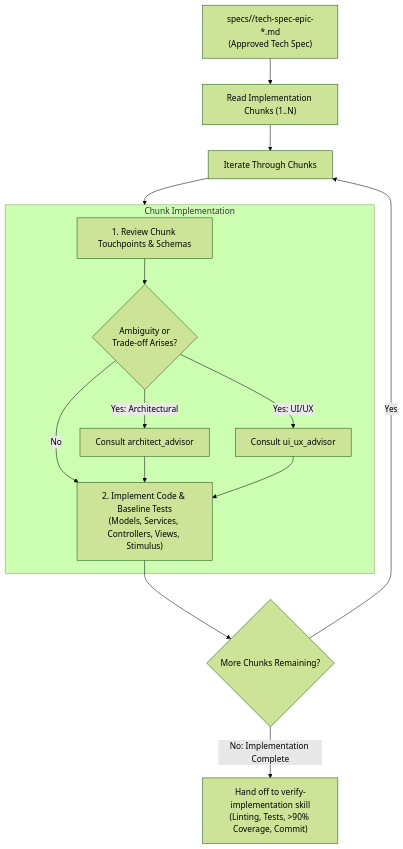
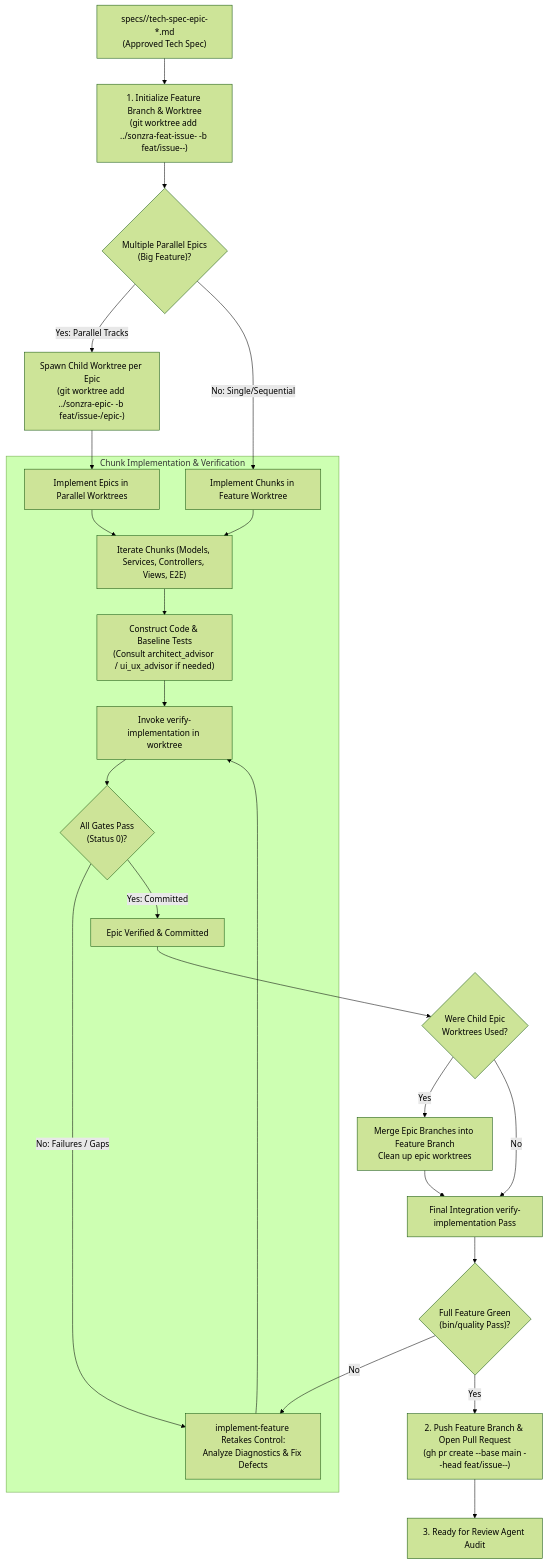
Before and after one commit to sonzra/sonzra: the diagram in .agents/skills/implement-feature/SKILL.md, drawn with Mermaid (forest theme). The commit also changed other lines of this file and 81 other files, not shown here.

First line of the commit message:
feat(release): architecture decoupling, playlist additions (#4), and release automation (#18)

````diff
--- a/.agents/skills/implement-feature/SKILL.md
+++ b/.agents/skills/implement-feature/SKILL.md
@@ -19,19 +18,32 @@
 ```mermaid
 flowchart TD
-    TechSpec["specs/<issue-number>/tech-spec-epic-*.md\n(Approved Tech Spec)"] --> ReadChunks["Read Implementation Chunks (1..N)"]
-    ReadChunks --> ChunkLoop["Iterate Through Chunks"]
+    TechSpec["specs/<issue-number>/tech-spec-epic-*.md\n(Approved Tech Spec)"] --> InitWorktree["1. Initialize Feature Branch & Worktree\n(git worktree add ../sonzra-feat-issue-<N> -b feat/issue-<N>-<slug>)"]
+    InitWorktree --> CheckParallel{"Multiple Parallel Epics\n(Big Feature)?"}
     
-    subgraph ChunkExecution["Chunk Implementation"]
-        Prep["1. Review Chunk Touchpoints & Schemas"] --> CheckTradeoff{"Ambiguity or\nTrade-off Arises?"}
-        CheckTradeoff -->|Yes: Architectural| ConsultArch["Consult architect_advisor"]
-        CheckTradeoff -->|Yes: UI/UX| ConsultUI["Consult ui_ux_advisor"]
-        CheckTradeoff -->|No| BuildCode["2. Implement Code & Baseline Tests\n(Models, Services, Controllers, Views, Stimulus)"]
-        ConsultArch --> BuildCode
-        ConsultUI --> BuildCode
+    CheckParallel -->|Yes: Parallel Tracks| SpawnEpicWorktrees["Spawn Child Worktree per Epic\n(git worktree add ../sonzra-epic-<E> -b feat/issue-<N>/epic-<E>)"]
+    SpawnEpicWorktrees --> ExecParallel["Implement Epics in Parallel Worktrees"]
+    
+    CheckParallel -->|No: Single/Sequential| ExecSingle["Implement Chunks in Feature Worktree"]
+    
+    subgraph EpicExecution["Chunk Implementation & Verification"]
+        ExecParallel --> ChunkLoop["Iterate Chunks (Models, Services, Controllers, Views, E2E)"]
+        ExecSingle --> ChunkLoop
+        ChunkLoop --> BuildCode["Construct Code & Baseline Tests\n(Consult architect_advisor / ui_ux_advisor if needed)"]
+        BuildCode --> CallVerify["Invoke verify-implementation in worktree"]
+        
+        CallVerify --> VerifyGate{"All Gates Pass\n(Status 0)?"}
+        VerifyGate -->|No: Failures / Gaps| Remediation["implement-feature Retakes Control:\nAnalyze Diagnostics & Fix Defects"]
+        Remediation --> CallVerify
+        VerifyGate -->|Yes: Committed| EpicDone["Epic Verified & Committed"]
     end
     
-    ChunkLoop --> ChunkExecution
-    BuildCode --> NextChunk{"More Chunks Remaining?"}
-    NextChunk -->|Yes| ChunkLoop
-    NextChunk -->|No: Implementation Complete| Handoff["Hand off to verify-implementation skill\n(Linting, Tests, >90% Coverage, Commit)"]
+    EpicDone --> MergeEpics{"Were Child Epic\nWorktrees Used?"}
+    MergeEpics -->|Yes| Integrate["Merge Epic Branches into Feature Branch\nClean up epic worktrees"]
+    MergeEpics -->|No| FinalVerify["Final Integration verify-implementation Pass"]
+    Integrate --> FinalVerify
+    
+    FinalVerify --> FinalCheck{"Full Feature Green\n(bin/quality Pass)?"}
+    FinalCheck -->|No| Remediation
+    FinalCheck -->|Yes| PushPR["2. Push Feature Branch & Open Pull Request\n(gh pr create --base main --head feat/issue-<N>-<slug>)"]
+    PushPR --> ReviewHandoff["3. Ready for Review Agent Audit"]
 ```
````
